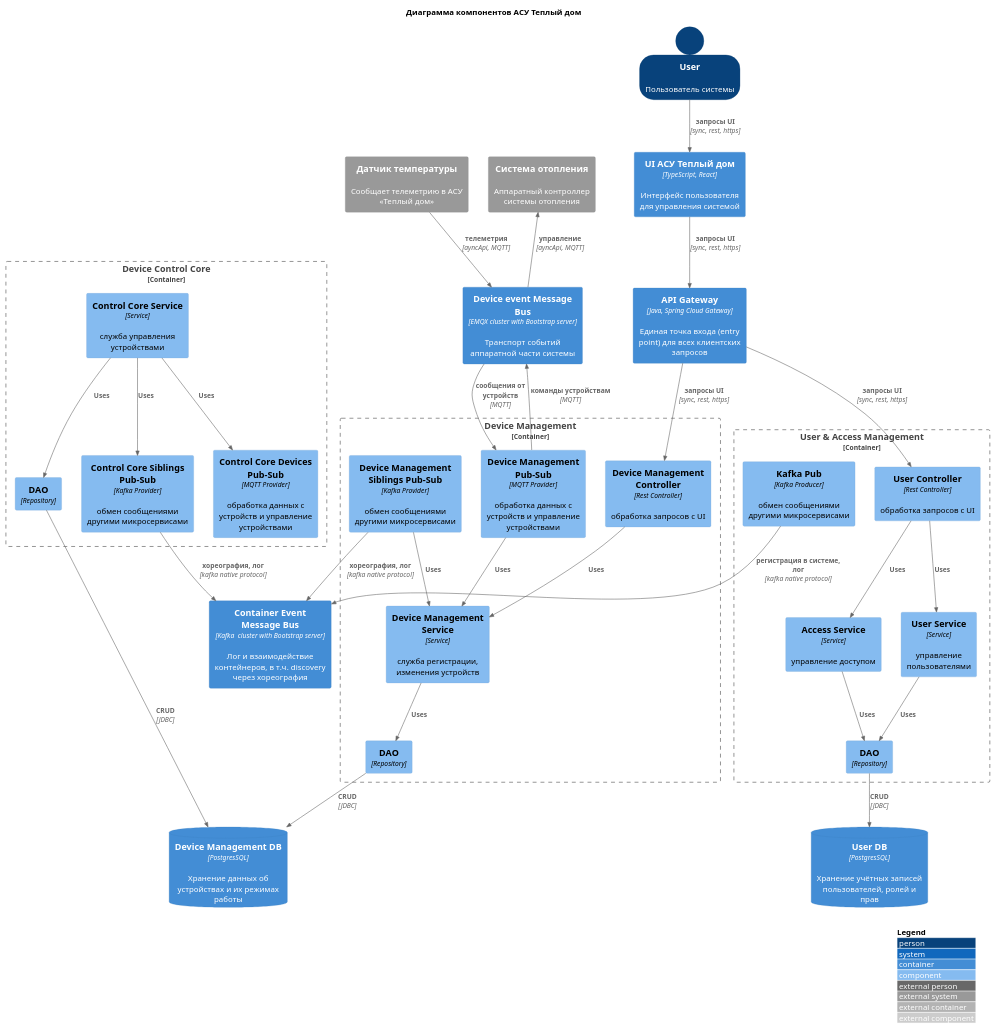
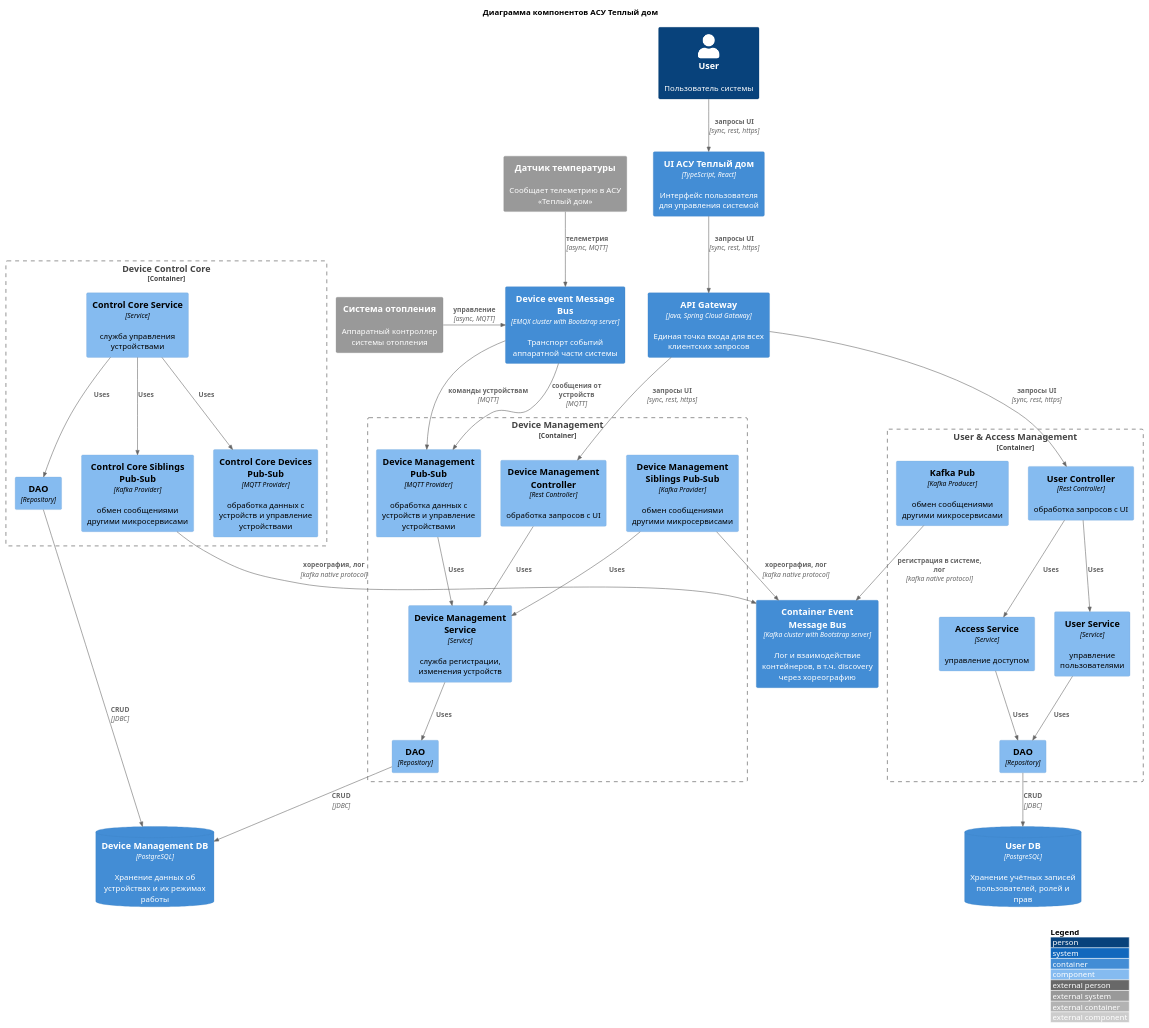
The diagram in diagrams/component/components-diagram-general.puml (mrtxee/architecture-warmhouse), drawn with PlantUML before and after one commit.

Commit message:
PlantUML Diagrams Action

```diff
--- a/diagrams/component/components-diagram-general.puml
+++ b/diagrams/component/components-diagram-general.puml
@@ -1,79 +1,76 @@
 @startuml
 !include https://raw.githubusercontent.com/plantuml-stdlib/C4-PlantUML/master/C4_Component.puml
-' uncomment the following line and comment the first to use locally
-' !include C4_Component.puml
 
 LAYOUT_WITH_LEGEND()
 
 title Диаграмма компонентов АСУ Теплый дом
 
 Container(ui, "UI АСУ Теплый дом", "TypeScript, React", "Интерфейс пользователя для управления системой")
-ContainerDb(rbac_db, "User DB", "PostgresSQL", "Хранение учётных записей пользователей, ролей и прав")
-ContainerDb(devicemgmt_db, "Device Management DB", "PostgresSQL", "Хранение данных об устройствах и их режимах работы")
+ContainerDb(rbac_db, "User DB", "PostgreSQL", "Хранение учётных записей пользователей, ролей и прав")
+ContainerDb(devicemgmt_db, "Device Management DB", "PostgreSQL", "Хранение данных об устройствах и их режимах работы")
 Container(device_event_message_bus, "Device event Message Bus", "EMQX cluster with Bootstrap server", "Транспорт событий аппаратной части системы")
-Container(container_event_message_bus, "Container Event Message Bus", "Kafka  cluster with Bootstrap server", "Лог и взаимодействие контейнеров, в т.ч. discovery через хореография")
-
+Container(container_event_message_bus, "Container Event Message Bus", "Kafka cluster with Bootstrap server", "Лог и взаимодействие контейнеров, в т.ч. discovery через хореографию")
 
 Container_Boundary(devicemgmt, "Device Management") {
   Component(devicemgmt_rest, "Device Management Controller", "Rest Controller", "обработка запросов с UI")
   Component(devicemgmt_mqtt, "Device Management Pub-Sub", "MQTT Provider", "обработка данных с устройств и управление устройствами")
   Component(devicemgmt_service, "Device Management Service", "Service", "служба регистрации, изменения устройств")
   Component(devicemgmt_kafka, "Device Management Siblings Pub-Sub", "Kafka Provider", "обмен сообщениями другими микросервисами")
   Component(devicemgmt_dao, "DAO", "Repository")
 
   Rel(devicemgmt_rest, devicemgmt_service, "Uses")
   Rel(devicemgmt_mqtt, devicemgmt_service, "Uses")
   Rel(devicemgmt_kafka, devicemgmt_service, "Uses")
   Rel(devicemgmt_service, devicemgmt_dao, "Uses")
 
   Rel(devicemgmt_dao, devicemgmt_db, "CRUD", "JDBC")
   Rel(device_event_message_bus, devicemgmt_mqtt, "сообщения от устройств", "MQTT")
-  Rel_Back(device_event_message_bus, devicemgmt_mqtt, "команды устройствам", "MQTT")
+  Rel_R(device_event_message_bus, devicemgmt_mqtt, "команды устройствам", "MQTT")
   Rel(devicemgmt_kafka, container_event_message_bus, "хореография, лог", "kafka native protocol")
 }
 
 Container_Boundary(control_core, "Device Control Core") {
   Component(control_core_mqtt, "Control Core Devices Pub-Sub", "MQTT Provider", "обработка данных с устройств и управление устройствами")
   Component(control_core_kafka, "Control Core Siblings Pub-Sub", "Kafka Provider", "обмен сообщениями другими микросервисами")
   Component(control_core_service, "Control Core Service", "Service", "служба управления устройствами")
   Component(control_core_dao, "DAO", "Repository")
 
   Rel(control_core_service, control_core_dao, "Uses")
   Rel(control_core_service, control_core_mqtt, "Uses")
   Rel(control_core_service, control_core_kafka, "Uses")
 
   Rel(control_core_dao, devicemgmt_db, "CRUD", "JDBC")
   Rel(control_core_kafka, container_event_message_bus, "хореография, лог", "kafka native protocol")
 }
 
 Container_Boundary(rbac, "User & Access Management") {
   Component(rbac_rest, "User Controller", "Rest Controller", "обработка запросов с UI")
   Component(rbac_user, "User Service", "Service", "управление пользователями")
   Component(rbac_access, "Access Service", "Service", "управление доступом")
   Component(rbac_dao, "DAO", "Repository")
   Component(rbac_kafka, "Kafka Pub", "Kafka Producer", "обмен сообщениями другими микросервисами")
 
   Rel(rbac_rest, rbac_user, "Uses")
   Rel(rbac_rest, rbac_access, "Uses")
   Rel(rbac_user, rbac_dao, "Uses")
   Rel(rbac_access, rbac_dao, "Uses")
   Rel(rbac_dao, rbac_db, "CRUD", "JDBC")
   Rel(rbac_kafka, container_event_message_bus, "регистрация в системе, лог", "kafka native protocol")
 }
 
-SHOW_PERSON_OUTLINE()
 Person(user, "User", "Пользователь системы")
 
-Container(api_gateaway, "API Gateway", "Java, Spring Cloud Gateway", "Eдиная точка входа (entry point) для всех клиентских запросов")
-Rel(ui, api_gateaway, "запросы UI", "sync, rest, https")
-Rel(api_gateaway, rbac_rest, "запросы UI", "sync, rest, https")
-Rel(api_gateaway, devicemgmt_rest, "запросы UI", "sync, rest, https")
+Container(api_gateway, "API Gateway", "Java, Spring Cloud Gateway", "Единая точка входа для всех клиентских запросов")
+
 Rel(user, ui, "запросы UI", "sync, rest, https")
+Rel(ui, api_gateway, "запросы UI", "sync, rest, https")
+Rel(api_gateway, rbac_rest, "запросы UI", "sync, rest, https")
+Rel(api_gateway, devicemgmt_rest, "запросы UI", "sync, rest, https")
 
 System_Ext(heater, "Система отопления", "Аппаратный контроллер системы отопления")
 System_Ext(sensor, "Датчик температуры", "Сообщает телеметрию в АСУ «Теплый дом»")
-Rel(sensor, device_event_message_bus, "телеметрия", "ayncApi, MQTT")
-Rel_Back(heater, device_event_message_bus, "управление", "ayncApi, MQTT")
 
+Rel(sensor, device_event_message_bus, "телеметрия", "async, MQTT")
+Rel_R(heater, device_event_message_bus, "управление", "async, MQTT")
 
 @enduml
```
